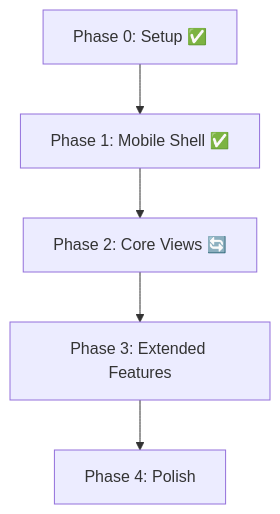
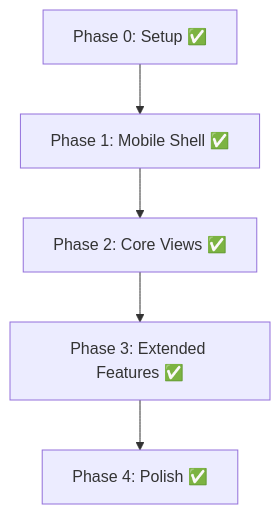
One commit to marcelofrau/xb-homebrew-vault changed the diagram in docs/android/05-implementation-plan.md. Above: the diagram before and after it, drawn with Mermaid. The commit also changed other lines of this file and 20 other files, not shown here.

````diff
--- a/docs/android/05-implementation-plan.md
+++ b/docs/android/05-implementation-plan.md
@@ -149,7 +155,7 @@
 ```mermaid
 graph TD
     P0["Phase 0: Setup ✅"] --> P1["Phase 1: Mobile Shell ✅"]
-    P1 --> P2["Phase 2: Core Views 🔄"]
-    P2 --> P3["Phase 3: Extended Features"]
-    P3 --> P4["Phase 4: Polish"]
+    P1 --> P2["Phase 2: Core Views ✅"]
+    P2 --> P3["Phase 3: Extended Features ✅"]
+    P3 --> P4["Phase 4: Polish ✅"]
 ```
````
